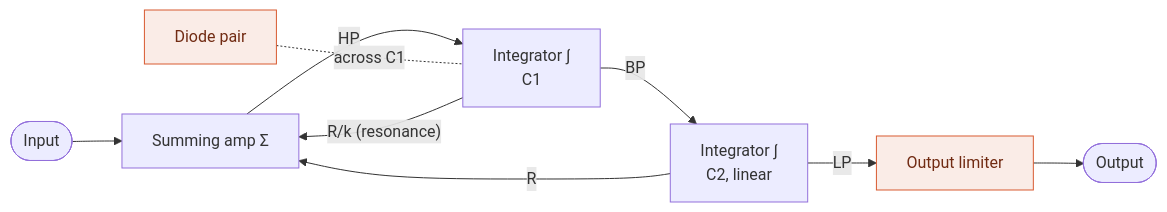
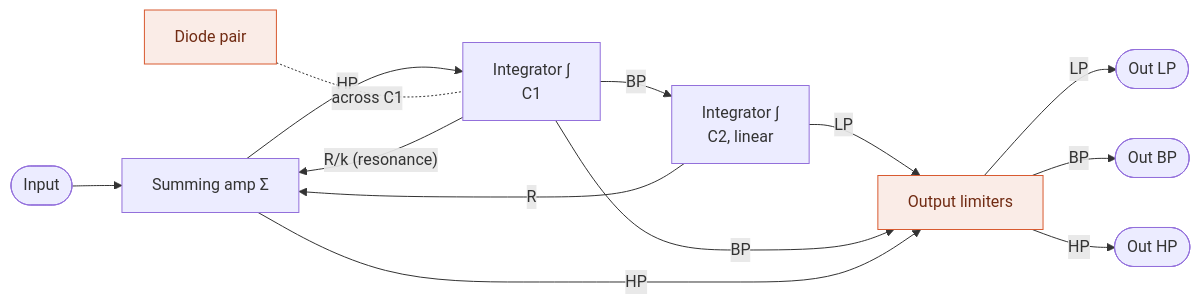
Before and after one commit to risgk/midi_synthesizer_spms1: the fourth of 6 diagrams in spms1_type2/README.md, drawn with Mermaid. The commit also changed other lines of this file and 7 other files, not shown here.

````diff
--- a/spms1_type2/README.md
+++ b/spms1_type2/README.md
@@ -236,13 +246,17 @@
 ```mermaid
 flowchart LR
   IN([Input]) --> A1["Summing amp Σ"]
   A1 -->|HP| A2["Integrator ∫<br/>C1"]
   D["Diode pair"] -.-|across C1| A2
   A2 -->|BP| A3["Integrator ∫<br/>C2, linear"]
-  A3 -->|LP| LIM["Output limiter"]
-  LIM --> OUT([Output])
+  A3 -->|LP| LIM["Output limiters"]
+  A2 -->|BP| LIM
+  A1 -->|HP| LIM
+  LIM -->|LP| OUT_LP([Out LP])
+  LIM -->|BP| OUT_BP([Out BP])
+  LIM -->|HP| OUT_HP([Out HP])
   A2 -->|"R/k (resonance)"| A1
   A3 -->|R| A1
   classDef nl fill:#FAECE7,stroke:#D85A30,color:#712B13
   class D,LIM nl
 ```
````
